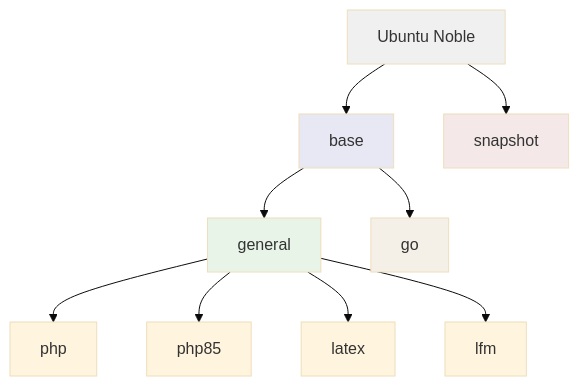
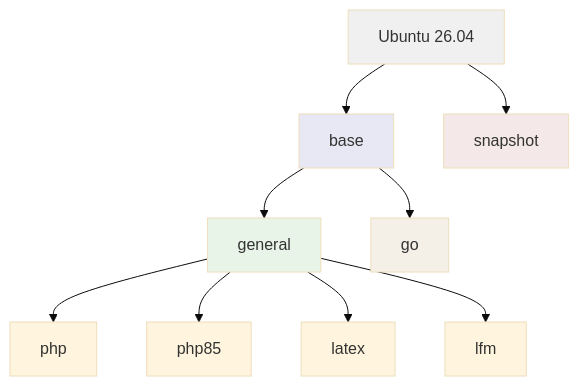
Before and after one commit to devbasex/devbase: the third of 3 diagrams in docs/user/container-operations.md, drawn with Mermaid (base theme). The commit also changed other lines of this file and 11 other files, not shown here.

````diff
--- a/docs/user/container-operations.md
+++ b/docs/user/container-operations.md
@@ -195,17 +195,17 @@
 ```mermaid
 graph TD
-    A[Ubuntu Noble] --> B[base]
+    A[Ubuntu 26.04] --> B[base]
     B --> C[general]
     B --> G[go]
     C --> D[php]
     C --> I[php85]
     C --> E[latex]
     C --> F[lfm]
     A --> H[snapshot]
 
     style A fill:#f0f0f0
     style B fill:#e8e8f4
     style C fill:#e8f4e8
     style G fill:#f4f0e8
     style H fill:#f4e8e8
 ```
````
